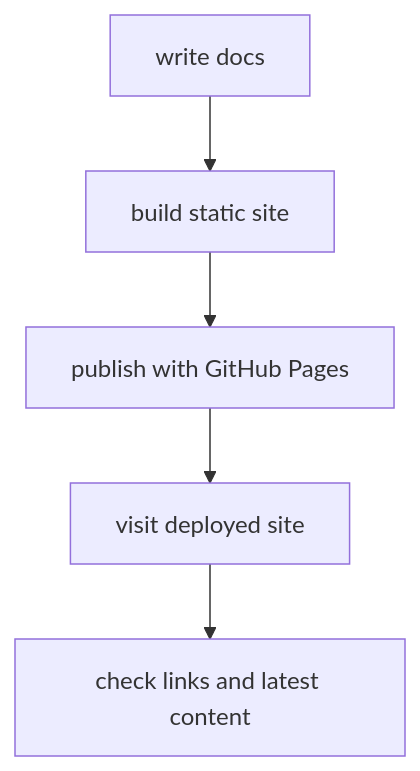
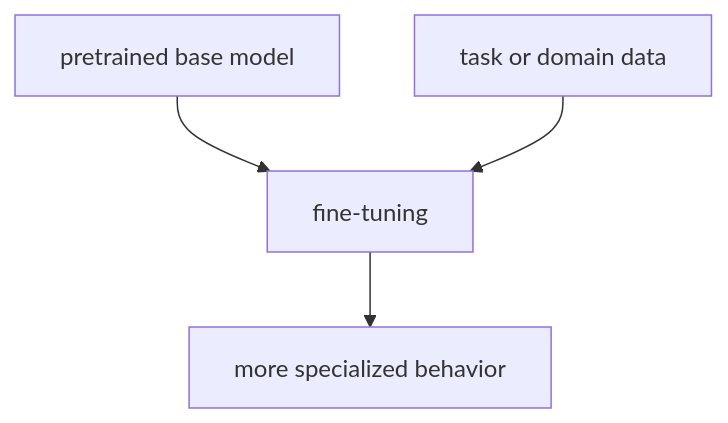
One commit to devchan64/AiBook changed the first of 2 diagrams in docs/parts/part-06/chapter-07/section-01.md. Above: the diagram before and after it, drawn with Mermaid. The commit also changed other lines of this file and 213 other files, not shown here.

````diff
--- a/docs/parts/part-06/chapter-07/section-01.md
+++ b/docs/parts/part-06/chapter-07/section-01.md
@@ -58,10 +166,11 @@
 ```mermaid
 flowchart TD
-  A["write docs"]
-  B["build static site"]
-  C["publish with GitHub Pages"]
-  D["visit deployed site"]
-  E["check links and latest content"]
+  A["pretrained base model"]
+  B["task or domain data"]
+  C["fine-tuning"]
+  D["more specialized behavior"]
 
-  A --> B --> C --> D --> E
+  A --> C
+  B --> C
+  C --> D
 ```
````
